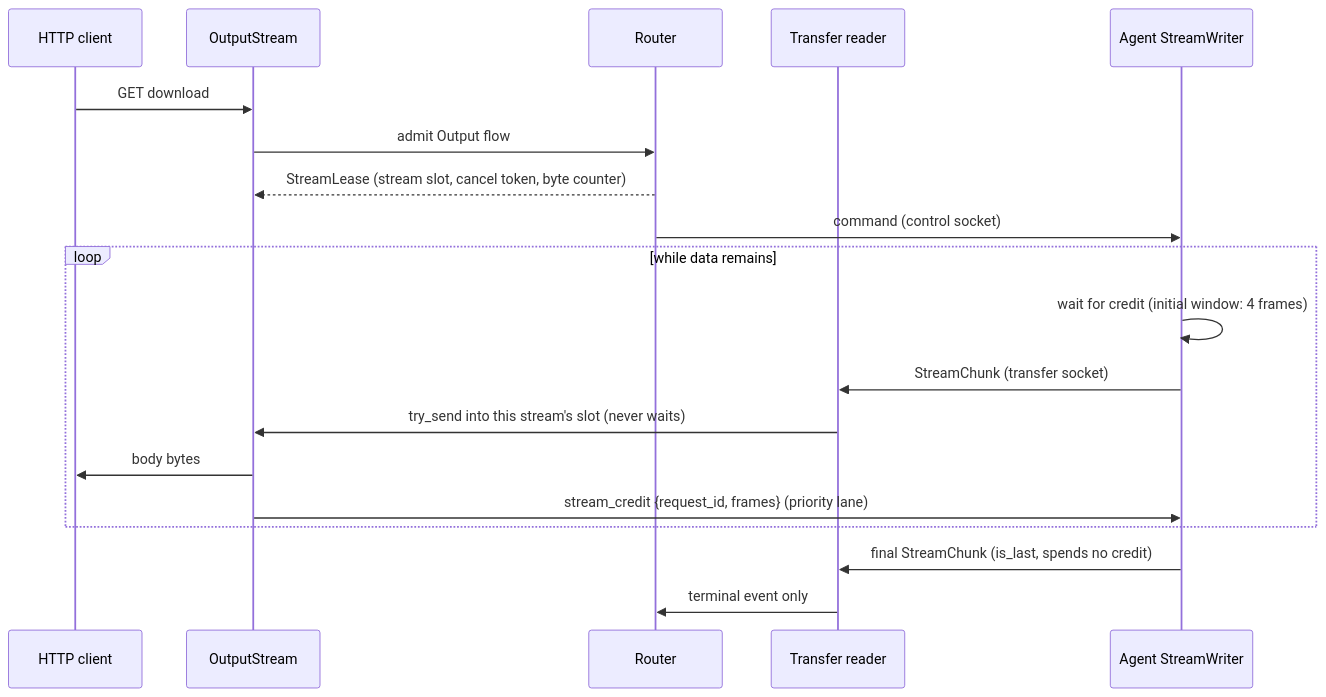
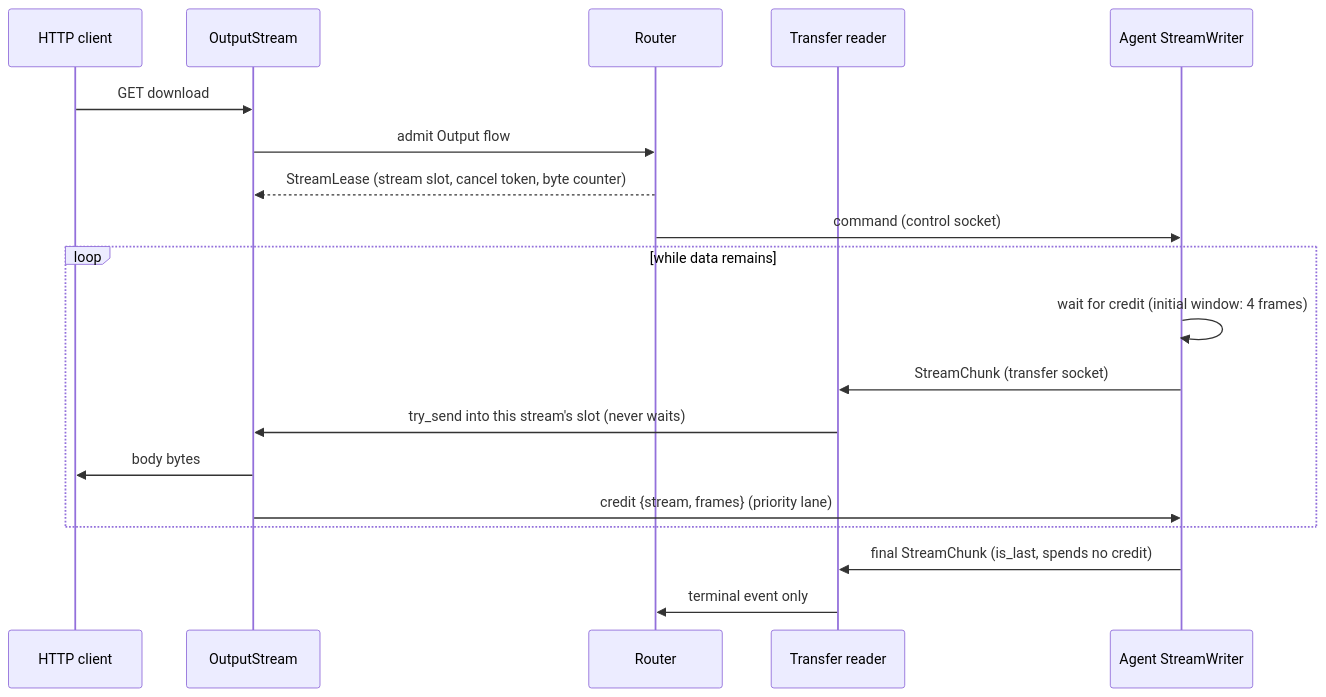
One commit to FruitieX/redoor changed the seventh of 10 diagrams in ARCHITECTURE.md. Above: the diagram before and after it, drawn with Mermaid. The commit also changed other lines of this file and 62 other files, not shown here.

````diff
--- a/ARCHITECTURE.md
+++ b/ARCHITECTURE.md
@@ -327,22 +359,22 @@
 ```mermaid
 sequenceDiagram
     participant C as HTTP client
     participant O as OutputStream
     participant R as Router
     participant T as Transfer reader
     participant A as Agent StreamWriter
 
     C->>O: GET download
     O->>R: admit Output flow
     R-->>O: StreamLease (stream slot, cancel token, byte counter)
     R->>A: command (control socket)
     loop while data remains
         A->>A: wait for credit (initial window: 4 frames)
         A->>T: StreamChunk (transfer socket)
         T->>O: try_send into this stream's slot (never waits)
         O->>C: body bytes
-        O->>A: stream_credit {request_id, frames} (priority lane)
+        O->>A: credit {stream, frames} (priority lane)
     end
     A->>T: final StreamChunk (is_last, spends no credit)
     T->>R: terminal event only
 ```
````
